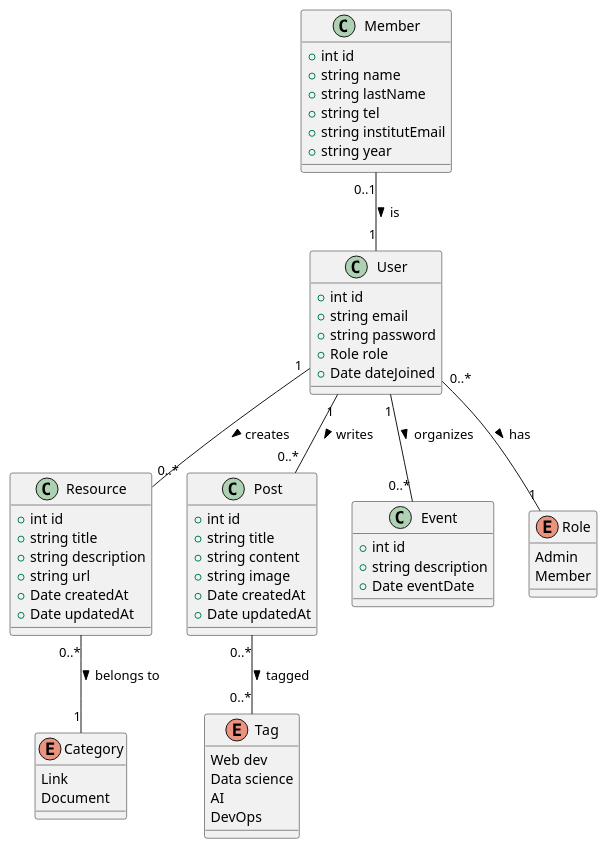
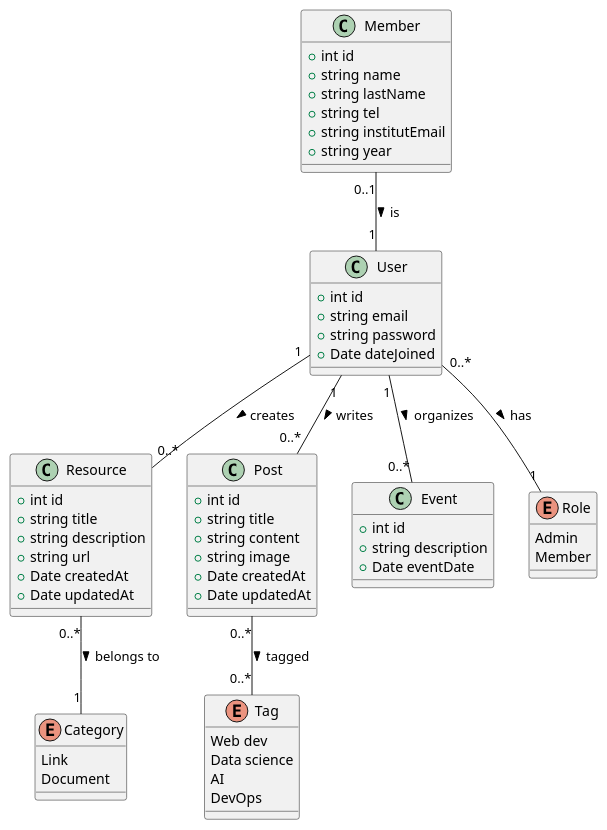
The diagram in uml/class_diagram.plantuml (gl-ensias-community/gl-ensias), drawn with PlantUML before and after one commit.

Commit message:
Remove missed Role role attribute in user

```diff
--- a/uml/class_diagram.plantuml
+++ b/uml/class_diagram.plantuml
@@ -1,69 +1,68 @@
 @startuml
 
 class User {
   +int id
   +string email
   +string password
-  +Role role
   +Date dateJoined
 }
 
 class Member {
   +int id
   +string name
   +string lastName
   +string tel
   +string institutEmail
   +string year
 }
 
 class Resource {
   +int id
   +string title
   +string description
   +string url
   +Date createdAt
   +Date updatedAt
 }
 
 class Post {
   +int id
   +string title
   +string content
   +string image
   +Date createdAt
   +Date updatedAt
 }
 
 class Event {
   +int id
   +string description
   +Date eventDate
 }
 
 enum Role {
   Admin
   Member
 }
 
 enum Category {
   Link
   Document
 }
 
 enum Tag {
   Web dev
   Data science
   AI
   DevOps
 }
 
 User "1" -- "0..*" Resource : creates >
 User "1" -- "0..*" Post : writes >
 User "1" -- "0..*" Event : organizes >
 Member "0..1" -- "1" User : is >
 Resource "0..*" -- "1" Category : belongs to >
 Post "0..*" -- "0..*" Tag : tagged >
 User "0..*" -- "1" Role : has >
 
 @enduml
```
